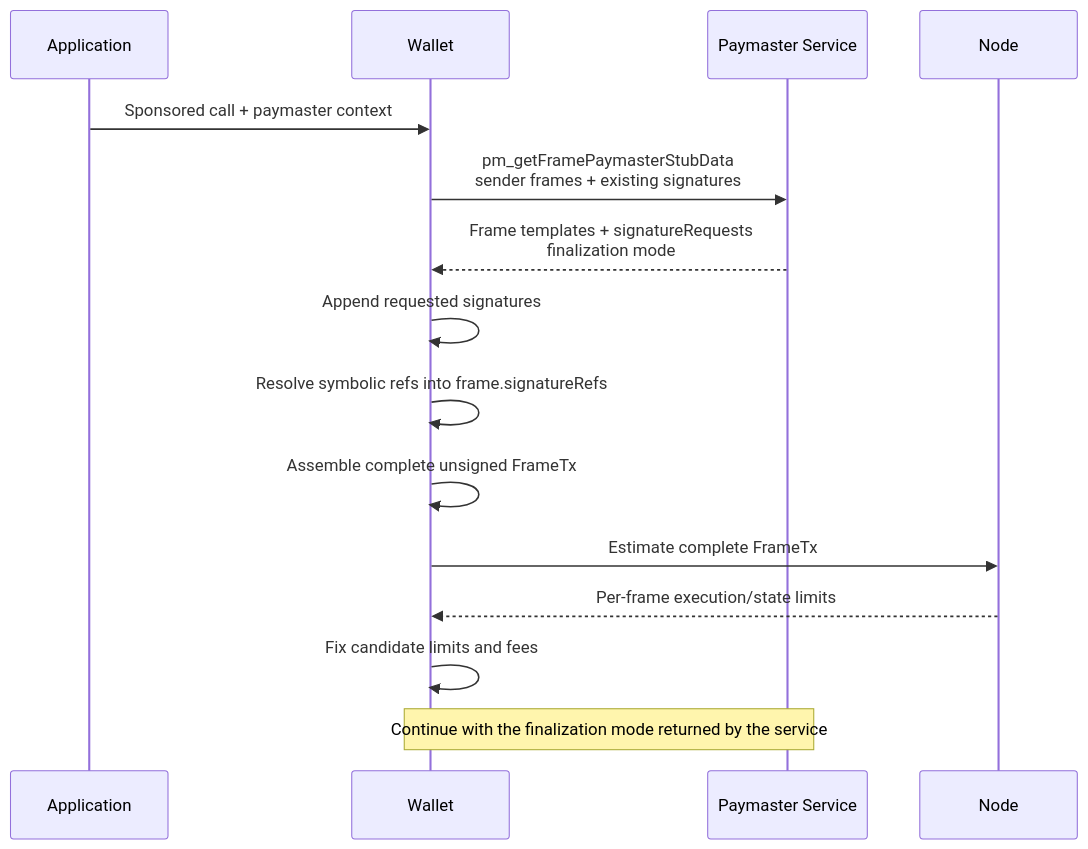
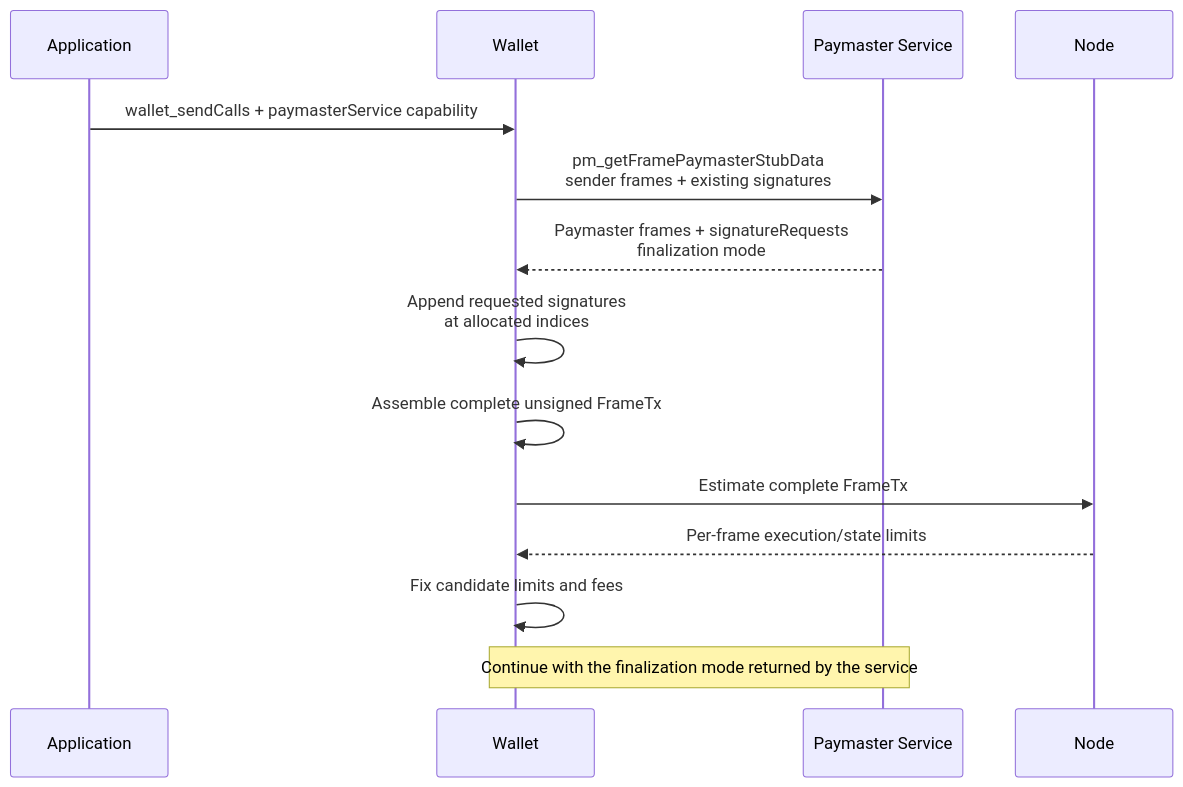
Before and after one commit to leekt/EIPs: the second of 4 diagrams in EIPS/eip-draft_frame-paymaster-service.md, drawn with Mermaid. The commit also changed other lines of this file, not shown here.

Commit message:
docs: recast frame paymaster service as ERC-7677 extension

````diff
--- a/EIPS/eip-draft_frame-paymaster-service.md
+++ b/EIPS/eip-draft_frame-paymaster-service.md
@@ -81,18 +92,17 @@
 ```mermaid
 sequenceDiagram
     participant A as Application
     participant W as Wallet
     participant P as Paymaster Service
     participant N as Node
 
-    A->>W: Sponsored call + paymaster context
+    A->>W: wallet_sendCalls + paymasterService capability
     W->>P: pm_getFramePaymasterStubData<br/>sender frames + existing signatures
-    P-->>W: Frame templates + signatureRequests<br/>finalization mode
-    W->>W: Append requested signatures
-    W->>W: Resolve symbolic refs into frame.signatureRefs
+    P-->>W: Paymaster frames + signatureRequests<br/>finalization mode
+    W->>W: Append requested signatures<br/>at allocated indices
     W->>W: Assemble complete unsigned FrameTx
     W->>N: Estimate complete FrameTx
     N-->>W: Per-frame execution/state limits
     W->>W: Fix candidate limits and fees
     Note over W,P: Continue with the finalization mode returned by the service
 ```
````
